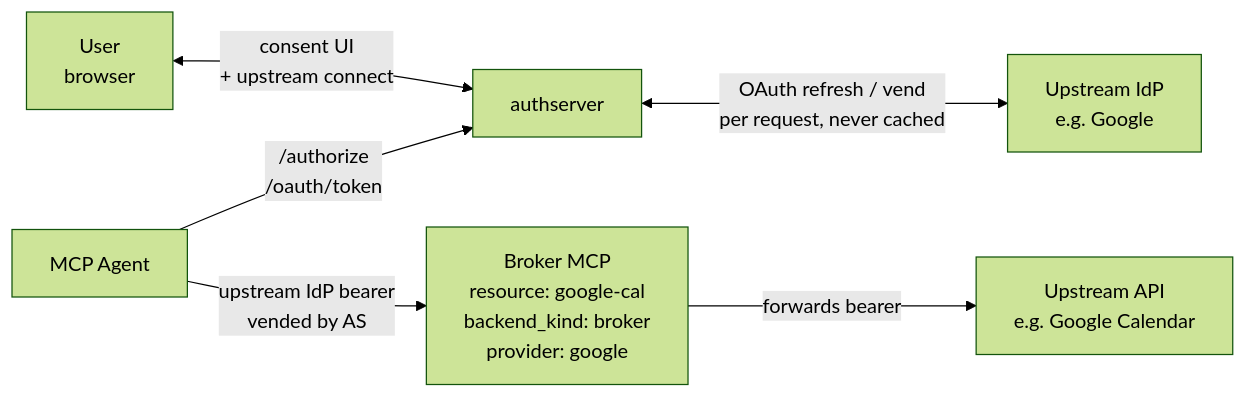
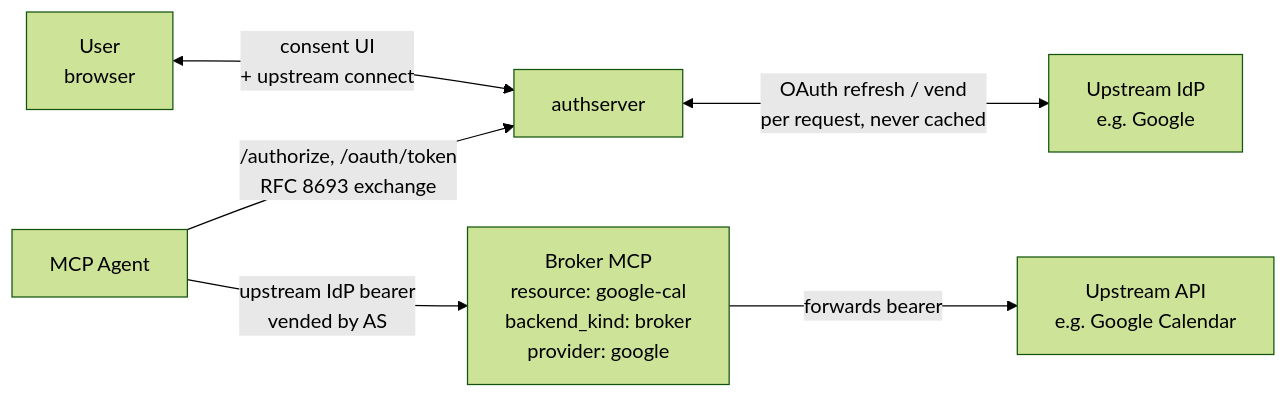
The first of 3 diagrams in docs/topologies/broker-mcp.md (AuthPlane/authserver), drawn with Mermaid (forest theme) before and after one commit. The commit also changed other lines of this file and 215 other files, not shown here.

````diff
--- a/docs/topologies/broker-mcp.md
+++ b/docs/topologies/broker-mcp.md
@@ -30,15 +40,15 @@
 ```mermaid
 flowchart LR
     User[User<br/>browser]
     Agent[MCP Agent]
     AS[authserver]
     BMCP[Broker MCP<br/>resource: google-cal<br/>backend_kind: broker<br/>provider: google]
     IdP[Upstream IdP<br/>e.g. Google]
     UpstreamAPI[Upstream API<br/>e.g. Google Calendar]
 
     User <-->|consent UI<br/>+ upstream connect| AS
-    Agent -->|/authorize<br/>/oauth/token| AS
+    Agent -->|/authorize, /oauth/token<br/>RFC 8693 exchange| AS
     AS <-->|OAuth refresh / vend<br/>per request, never cached| IdP
     Agent -->|upstream IdP bearer<br/>vended by AS| BMCP
     BMCP -->|forwards bearer| UpstreamAPI
 ```
````
